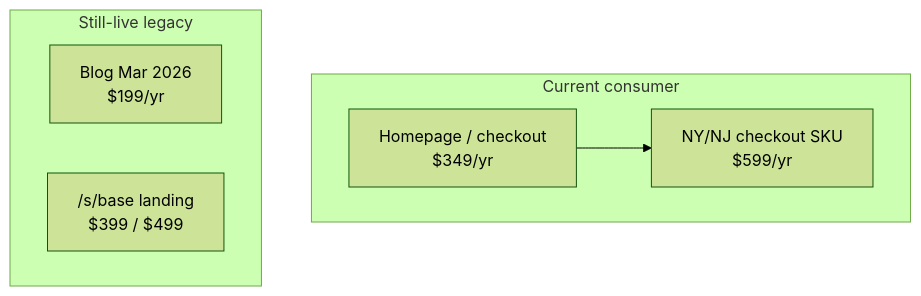
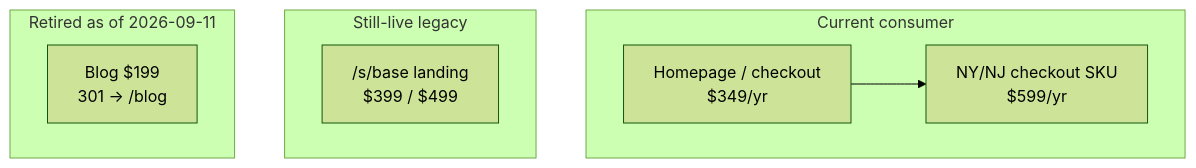
The first of 3 diagrams in sources/web/README.md (mchu-1/superpower), drawn with Mermaid (forest theme) before and after one commit. The commit also changed other lines of this file and 7 other files, not shown here.

````diff
--- a/sources/web/README.md
+++ b/sources/web/README.md
@@ -38,12 +39,14 @@
 ```mermaid
 flowchart TB
   subgraph current [Current consumer]
     H["Homepage / checkout\n$349/yr"]
     NY["NY/NJ checkout SKU\n$599/yr"]
   end
   subgraph legacy [Still-live legacy]
-    B["Blog Mar 2026\n$199/yr"]
     Base["/s/base landing\n$399 / $499"]
+  end
+  subgraph retired [Retired as of 2026-09-11]
+    B["Blog $199\n301 → /blog"]
   end
   H --> NY
 ```
````
